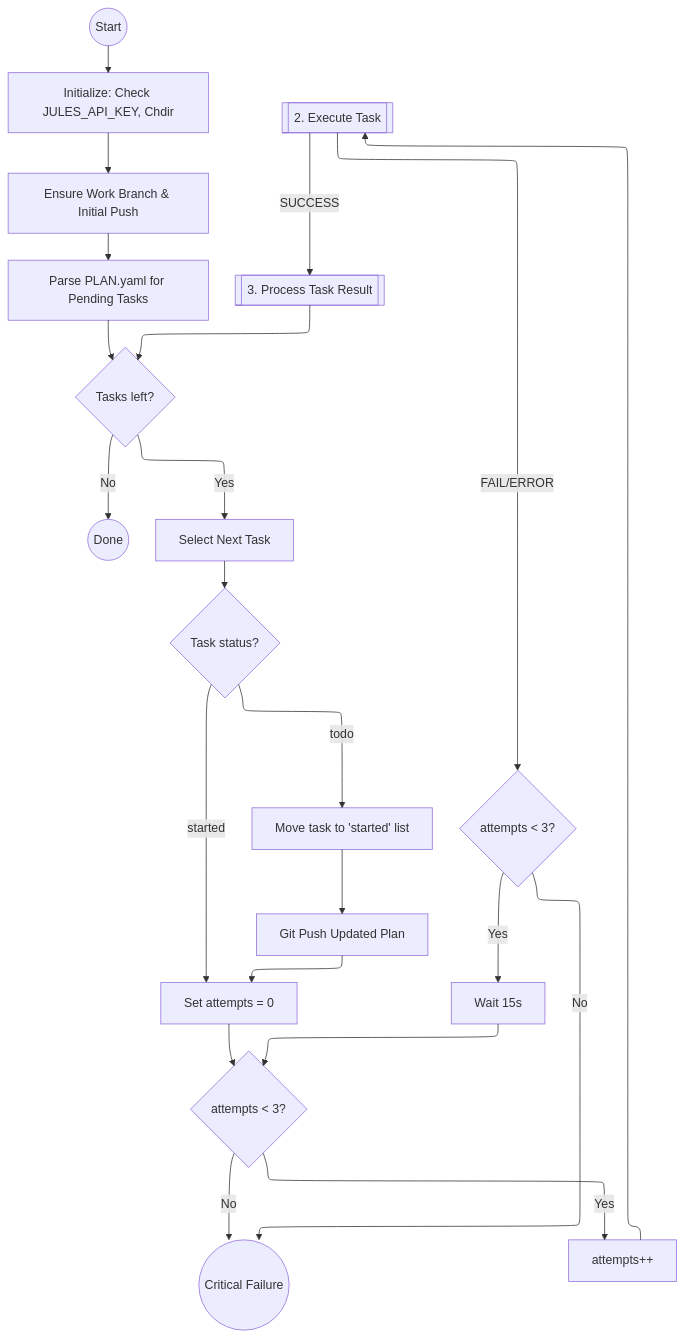
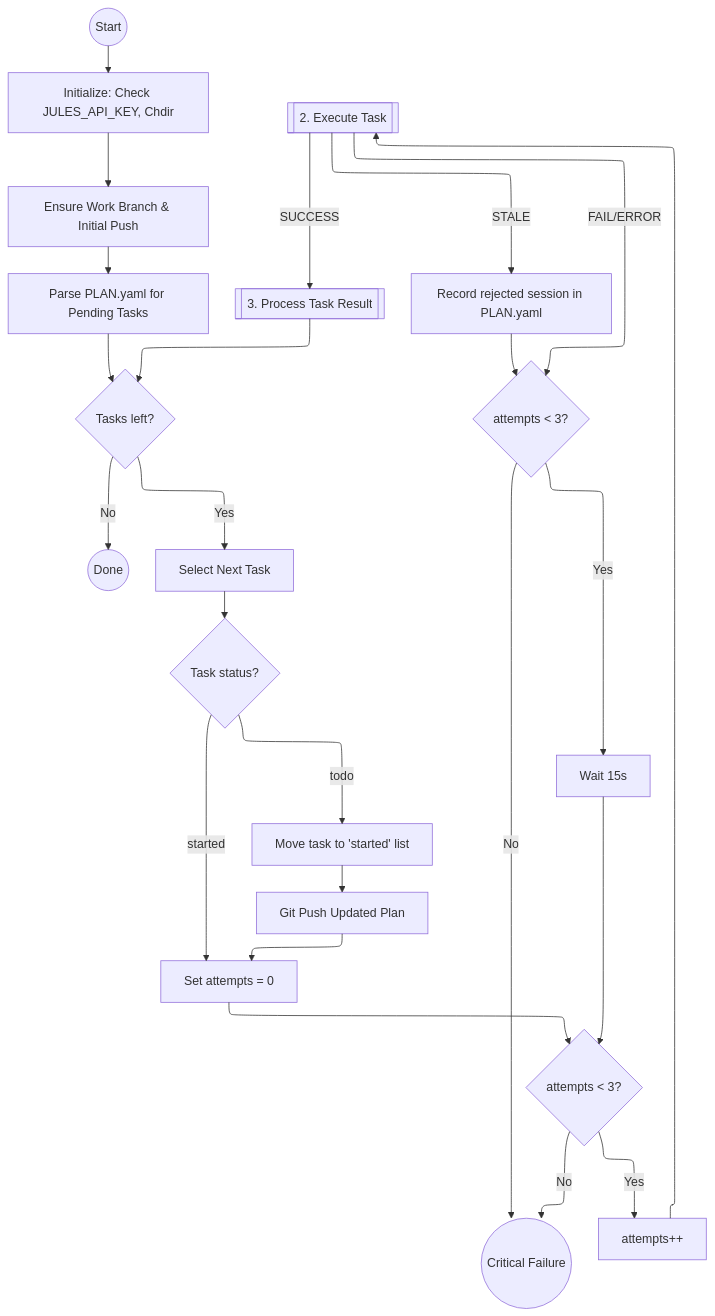
The first of 3 diagrams in README.md (JonathanHarford/verne_durand), drawn with Mermaid before and after one commit. The commit also changed other lines of this file and 3 other files, not shown here.

Commit message:
feat: Add stale session detection and a rejected list to the plan for improved ghost session handling.

````diff
--- a/README.md
+++ b/README.md
@@ -42,39 +50,41 @@
 ```mermaid
 ---
 config:
   layout: elk
 ---
 flowchart TD
     Start((Start)) --> Init[Initialize: Check JULES_API_KEY, Chdir]
     Init --> Ensure[Ensure Work Branch & Initial Push]
     Ensure --> ParsePlan[Parse PLAN.yaml for Pending Tasks]
     ParsePlan --> HasTasks{Tasks left?}
-    
+
     HasTasks -- No --> Done((Done))
-    
+
     HasTasks -- Yes --> GetNextTask[Select Next Task]
     GetNextTask --> CheckStatus{Task status?}
-    
+
     CheckStatus -- todo --> MoveToStarted[Move task to 'started' list]
     MoveToStarted --> PushPlan[Git Push Updated Plan]
     PushPlan --> InitRetry
-    
+
     CheckStatus -- started --> InitRetry[Set attempts = 0]
     InitRetry --> RetryLoop{attempts < 3?}
-    
+
     RetryLoop -- No --> CritFail((Critical Failure))
-    
+
     RetryLoop -->|Yes| IncAttempts[attempts++]
-    
+
     IncAttempts --> Execution[[2. Execute Task]]
-    
+
     Execution -->|SUCCESS| ResultProcessing[[3. Process Task Result]]
     ResultProcessing --> HasTasks
-    
+
     Execution -- FAIL/ERROR --> CheckRetry{attempts < 3?}
+    Execution -- STALE --> RecordReject[Record rejected session in PLAN.yaml]
+    RecordReject --> CheckRetry
 
     CheckRetry -->|Yes| RetryWait[Wait 15s]
     RetryWait --> RetryLoop
 
     CheckRetry -- No --> CritFail
 ```
````
